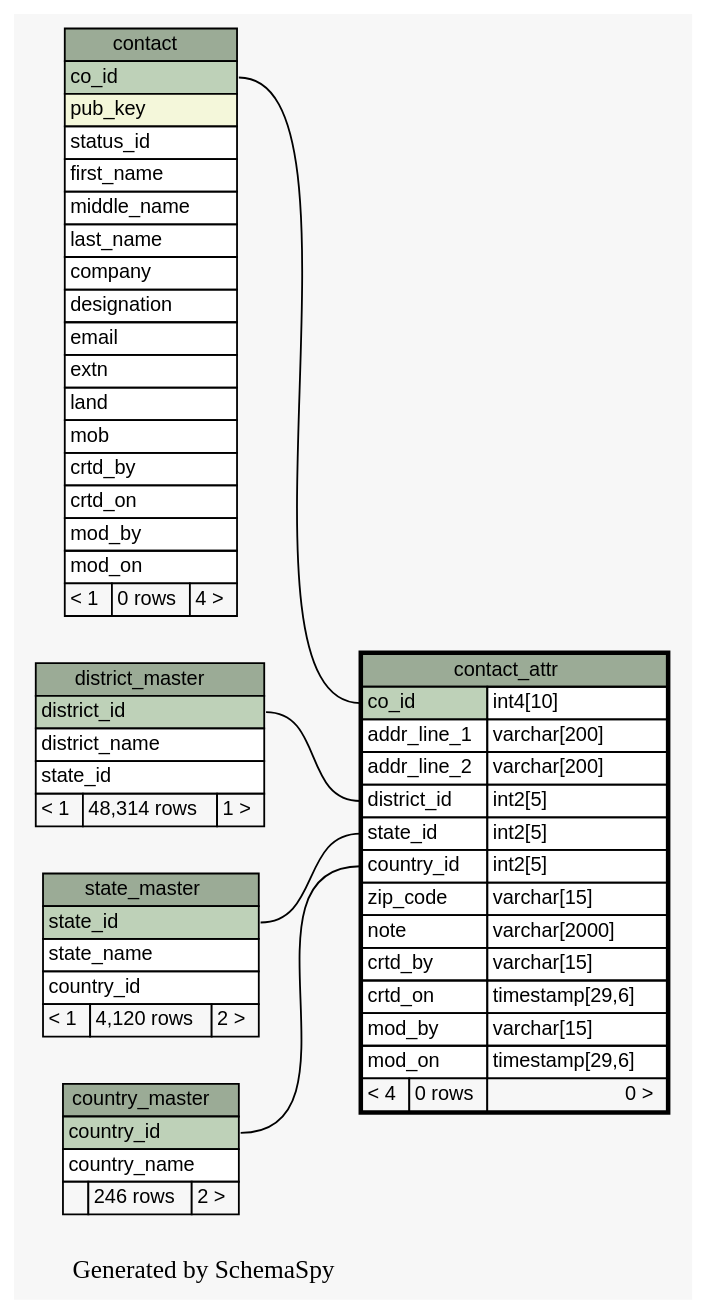
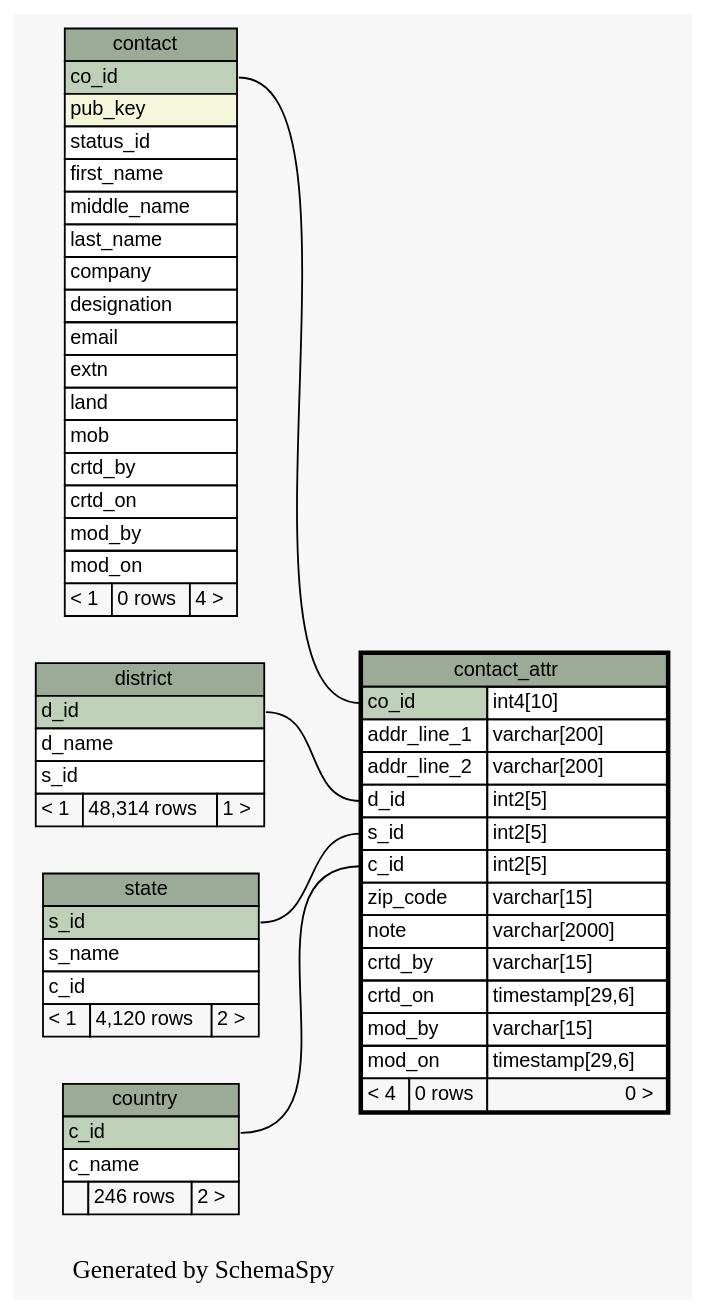
The diagram in docs/database/schemaspy/graphs/contact_attr.1degree.dot (engineerscraft/salesforce), drawn with Graphviz before and after one commit. The commit also changed 160 other files, not shown here.

```diff
--- a/docs/database/schemaspy/graphs/contact_attr.1degree.dot
+++ b/docs/database/schemaspy/graphs/contact_attr.1degree.dot
@@ -1,102 +1,102 @@
 // dot 2.38.0 on Windows 7 6.1
 digraph "oneDegreeRelationshipsGraph" {
   graph [
     rankdir="RL"
     bgcolor="#f7f7f7"
     label="\nGenerated by SchemaSpy"
     labeljust="l"
   ];
   node [
     fontname="Helvetica"
     fontsize="11"
     shape="plaintext"
   ];
   edge [
     arrowsize="0.8"
   ];
+  "contact_attr":"c_id":w -> "country":"c_id":e [arrowtail=crowodot arrowhead=none];
   "contact_attr":"co_id":w -> "contact":"co_id":e [arrowtail=tee arrowhead=none];
-  "contact_attr":"country_id":w -> "country_master":"country_id":e [arrowtail=crowodot arrowhead=none];
-  "contact_attr":"district_id":w -> "district_master":"district_id":e [arrowtail=crowodot arrowhead=none];
-  "contact_attr":"state_id":w -> "state_master":"state_id":e [arrowtail=crowodot arrowhead=none];
+  "contact_attr":"d_id":w -> "district":"d_id":e [arrowtail=crowodot arrowhead=none];
+  "contact_attr":"s_id":w -> "state":"s_id":e [arrowtail=crowodot arrowhead=none];
   "contact" [
     label=<
     <TABLE BORDER="0" CELLBORDER="1" CELLSPACING="0" BGCOLOR="#ffffff">
       <TR><TD PORT="contact.heading" COLSPAN="3" BGCOLOR="#9bab96" ALIGN="CENTER">contact</TD></TR>
       <TR><TD PORT="co_id" COLSPAN="3" BGCOLOR="#bed1b8" ALIGN="LEFT">co_id</TD></TR>
       <TR><TD PORT="pub_key" COLSPAN="3" BGCOLOR="#f4f7da" ALIGN="LEFT">pub_key</TD></TR>
       <TR><TD PORT="status_id" COLSPAN="3" ALIGN="LEFT">status_id</TD></TR>
       <TR><TD PORT="first_name" COLSPAN="3" ALIGN="LEFT">first_name</TD></TR>
       <TR><TD PORT="middle_name" COLSPAN="3" ALIGN="LEFT">middle_name</TD></TR>
       <TR><TD PORT="last_name" COLSPAN="3" ALIGN="LEFT">last_name</TD></TR>
       <TR><TD PORT="company" COLSPAN="3" ALIGN="LEFT">company</TD></TR>
       <TR><TD PORT="designation" COLSPAN="3" ALIGN="LEFT">designation</TD></TR>
       <TR><TD PORT="email" COLSPAN="3" ALIGN="LEFT">email</TD></TR>
       <TR><TD PORT="extn" COLSPAN="3" ALIGN="LEFT">extn</TD></TR>
       <TR><TD PORT="land" COLSPAN="3" ALIGN="LEFT">land</TD></TR>
       <TR><TD PORT="mob" COLSPAN="3" ALIGN="LEFT">mob</TD></TR>
       <TR><TD PORT="crtd_by" COLSPAN="3" ALIGN="LEFT">crtd_by</TD></TR>
       <TR><TD PORT="crtd_on" COLSPAN="3" ALIGN="LEFT">crtd_on</TD></TR>
       <TR><TD PORT="mod_by" COLSPAN="3" ALIGN="LEFT">mod_by</TD></TR>
       <TR><TD PORT="mod_on" COLSPAN="3" ALIGN="LEFT">mod_on</TD></TR>
       <TR><TD ALIGN="LEFT" BGCOLOR="#f7f7f7">&lt; 1</TD><TD ALIGN="RIGHT" BGCOLOR="#f7f7f7">0 rows</TD><TD ALIGN="RIGHT" BGCOLOR="#f7f7f7">4 &gt;</TD></TR>
     </TABLE>>
     URL="contact.html#graph"
     tooltip="contact"
   ];
   "contact_attr" [
     label=<
     <TABLE BORDER="2" CELLBORDER="1" CELLSPACING="0" BGCOLOR="#ffffff">
       <TR><TD PORT="contact_attr.heading" COLSPAN="3" BGCOLOR="#9bab96" ALIGN="CENTER">contact_attr</TD></TR>
       <TR><TD PORT="co_id" COLSPAN="2" BGCOLOR="#bed1b8" ALIGN="LEFT">co_id</TD><TD PORT="co_id.type" ALIGN="LEFT">int4[10]</TD></TR>
       <TR><TD PORT="addr_line_1" COLSPAN="2" ALIGN="LEFT">addr_line_1</TD><TD PORT="addr_line_1.type" ALIGN="LEFT">varchar[200]</TD></TR>
       <TR><TD PORT="addr_line_2" COLSPAN="2" ALIGN="LEFT">addr_line_2</TD><TD PORT="addr_line_2.type" ALIGN="LEFT">varchar[200]</TD></TR>
-      <TR><TD PORT="district_id" COLSPAN="2" ALIGN="LEFT">district_id</TD><TD PORT="district_id.type" ALIGN="LEFT">int2[5]</TD></TR>
-      <TR><TD PORT="state_id" COLSPAN="2" ALIGN="LEFT">state_id</TD><TD PORT="state_id.type" ALIGN="LEFT">int2[5]</TD></TR>
-      <TR><TD PORT="country_id" COLSPAN="2" ALIGN="LEFT">country_id</TD><TD PORT="country_id.type" ALIGN="LEFT">int2[5]</TD></TR>
+      <TR><TD PORT="d_id" COLSPAN="2" ALIGN="LEFT">d_id</TD><TD PORT="d_id.type" ALIGN="LEFT">int2[5]</TD></TR>
+      <TR><TD PORT="s_id" COLSPAN="2" ALIGN="LEFT">s_id</TD><TD PORT="s_id.type" ALIGN="LEFT">int2[5]</TD></TR>
+      <TR><TD PORT="c_id" COLSPAN="2" ALIGN="LEFT">c_id</TD><TD PORT="c_id.type" ALIGN="LEFT">int2[5]</TD></TR>
       <TR><TD PORT="zip_code" COLSPAN="2" ALIGN="LEFT">zip_code</TD><TD PORT="zip_code.type" ALIGN="LEFT">varchar[15]</TD></TR>
       <TR><TD PORT="note" COLSPAN="2" ALIGN="LEFT">note</TD><TD PORT="note.type" ALIGN="LEFT">varchar[2000]</TD></TR>
       <TR><TD PORT="crtd_by" COLSPAN="2" ALIGN="LEFT">crtd_by</TD><TD PORT="crtd_by.type" ALIGN="LEFT">varchar[15]</TD></TR>
       <TR><TD PORT="crtd_on" COLSPAN="2" ALIGN="LEFT">crtd_on</TD><TD PORT="crtd_on.type" ALIGN="LEFT">timestamp[29,6]</TD></TR>
       <TR><TD PORT="mod_by" COLSPAN="2" ALIGN="LEFT">mod_by</TD><TD PORT="mod_by.type" ALIGN="LEFT">varchar[15]</TD></TR>
       <TR><TD PORT="mod_on" COLSPAN="2" ALIGN="LEFT">mod_on</TD><TD PORT="mod_on.type" ALIGN="LEFT">timestamp[29,6]</TD></TR>
       <TR><TD ALIGN="LEFT" BGCOLOR="#f7f7f7">&lt; 4</TD><TD ALIGN="RIGHT" BGCOLOR="#f7f7f7">0 rows</TD><TD ALIGN="RIGHT" BGCOLOR="#f7f7f7">0 &gt;</TD></TR>
     </TABLE>>
     URL="contact_attr.html#"
     tooltip="contact_attr"
   ];
-  "country_master" [
+  "country" [
     label=<
     <TABLE BORDER="0" CELLBORDER="1" CELLSPACING="0" BGCOLOR="#ffffff">
-      <TR><TD PORT="country_master.heading" COLSPAN="3" BGCOLOR="#9bab96" ALIGN="CENTER">country_master</TD></TR>
-      <TR><TD PORT="country_id" COLSPAN="3" BGCOLOR="#bed1b8" ALIGN="LEFT">country_id</TD></TR>
-      <TR><TD PORT="country_name" COLSPAN="3" ALIGN="LEFT">country_name</TD></TR>
+      <TR><TD PORT="country.heading" COLSPAN="3" BGCOLOR="#9bab96" ALIGN="CENTER">country</TD></TR>
+      <TR><TD PORT="c_id" COLSPAN="3" BGCOLOR="#bed1b8" ALIGN="LEFT">c_id</TD></TR>
+      <TR><TD PORT="c_name" COLSPAN="3" ALIGN="LEFT">c_name</TD></TR>
       <TR><TD ALIGN="LEFT" BGCOLOR="#f7f7f7">  </TD><TD ALIGN="RIGHT" BGCOLOR="#f7f7f7">246 rows</TD><TD ALIGN="RIGHT" BGCOLOR="#f7f7f7">2 &gt;</TD></TR>
     </TABLE>>
-    URL="country_master.html#graph"
-    tooltip="country_master"
+    URL="country.html#graph"
+    tooltip="country"
   ];
-  "district_master" [
+  "district" [
     label=<
     <TABLE BORDER="0" CELLBORDER="1" CELLSPACING="0" BGCOLOR="#ffffff">
-      <TR><TD PORT="district_master.heading" COLSPAN="3" BGCOLOR="#9bab96" ALIGN="CENTER">district_master</TD></TR>
-      <TR><TD PORT="district_id" COLSPAN="3" BGCOLOR="#bed1b8" ALIGN="LEFT">district_id</TD></TR>
-      <TR><TD PORT="district_name" COLSPAN="3" ALIGN="LEFT">district_name</TD></TR>
-      <TR><TD PORT="state_id" COLSPAN="3" ALIGN="LEFT">state_id</TD></TR>
+      <TR><TD PORT="district.heading" COLSPAN="3" BGCOLOR="#9bab96" ALIGN="CENTER">district</TD></TR>
+      <TR><TD PORT="d_id" COLSPAN="3" BGCOLOR="#bed1b8" ALIGN="LEFT">d_id</TD></TR>
+      <TR><TD PORT="d_name" COLSPAN="3" ALIGN="LEFT">d_name</TD></TR>
+      <TR><TD PORT="s_id" COLSPAN="3" ALIGN="LEFT">s_id</TD></TR>
       <TR><TD ALIGN="LEFT" BGCOLOR="#f7f7f7">&lt; 1</TD><TD ALIGN="RIGHT" BGCOLOR="#f7f7f7">48,314 rows</TD><TD ALIGN="RIGHT" BGCOLOR="#f7f7f7">1 &gt;</TD></TR>
     </TABLE>>
-    URL="district_master.html#graph"
-    tooltip="district_master"
+    URL="district.html#graph"
+    tooltip="district"
   ];
-  "state_master" [
+  "state" [
     label=<
     <TABLE BORDER="0" CELLBORDER="1" CELLSPACING="0" BGCOLOR="#ffffff">
-      <TR><TD PORT="state_master.heading" COLSPAN="3" BGCOLOR="#9bab96" ALIGN="CENTER">state_master</TD></TR>
-      <TR><TD PORT="state_id" COLSPAN="3" BGCOLOR="#bed1b8" ALIGN="LEFT">state_id</TD></TR>
-      <TR><TD PORT="state_name" COLSPAN="3" ALIGN="LEFT">state_name</TD></TR>
-      <TR><TD PORT="country_id" COLSPAN="3" ALIGN="LEFT">country_id</TD></TR>
+      <TR><TD PORT="state.heading" COLSPAN="3" BGCOLOR="#9bab96" ALIGN="CENTER">state</TD></TR>
+      <TR><TD PORT="s_id" COLSPAN="3" BGCOLOR="#bed1b8" ALIGN="LEFT">s_id</TD></TR>
+      <TR><TD PORT="s_name" COLSPAN="3" ALIGN="LEFT">s_name</TD></TR>
+      <TR><TD PORT="c_id" COLSPAN="3" ALIGN="LEFT">c_id</TD></TR>
       <TR><TD ALIGN="LEFT" BGCOLOR="#f7f7f7">&lt; 1</TD><TD ALIGN="RIGHT" BGCOLOR="#f7f7f7">4,120 rows</TD><TD ALIGN="RIGHT" BGCOLOR="#f7f7f7">2 &gt;</TD></TR>
     </TABLE>>
-    URL="state_master.html#graph"
-    tooltip="state_master"
+    URL="state.html#graph"
+    tooltip="state"
   ];
 }
```
